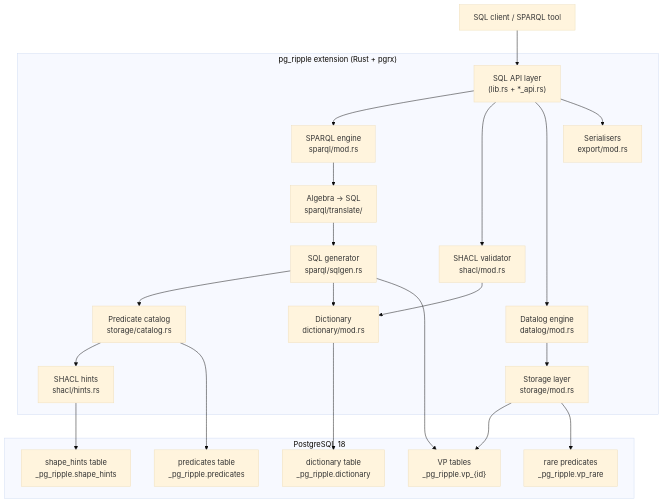
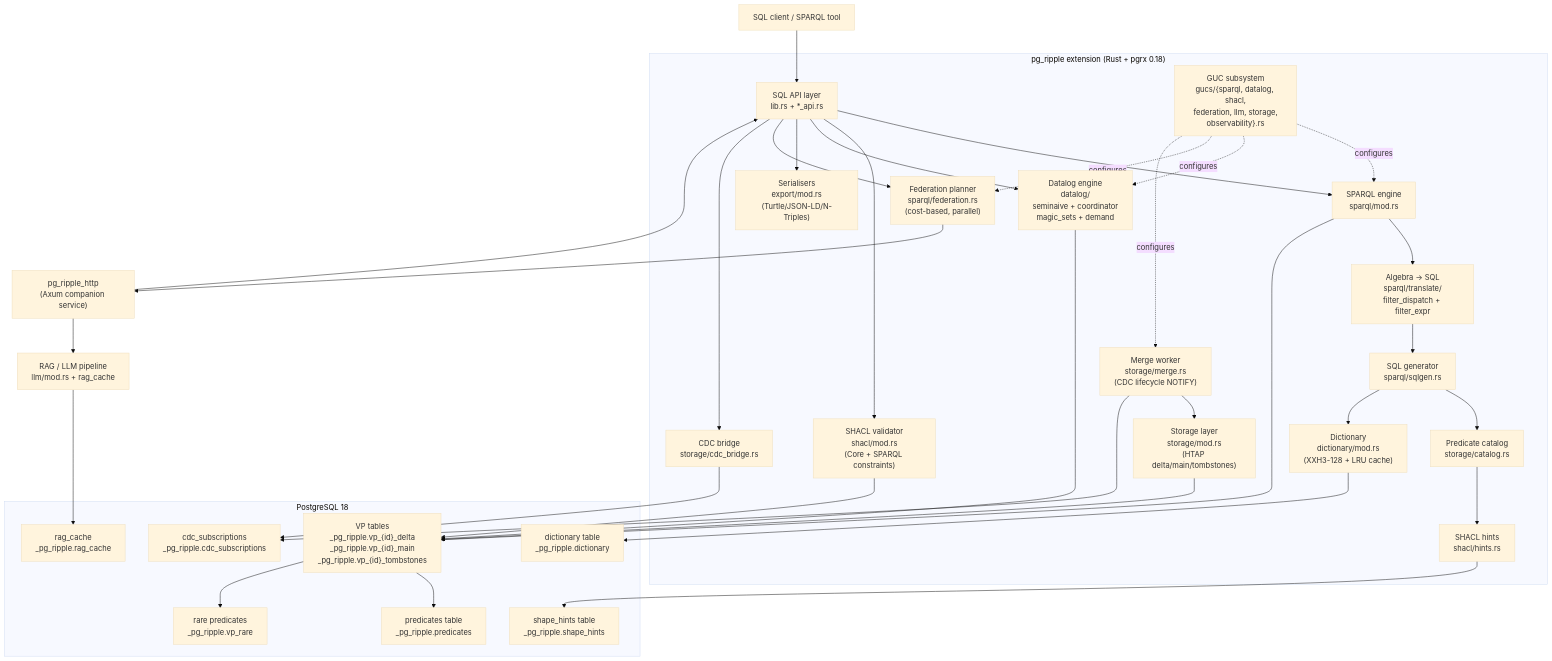
Before and after one commit to grove/pg-ripple: the diagram in docs/src/reference/architecture.md, drawn with Mermaid (base theme). The commit also changed other lines of this file and 43 other files, not shown here.

First line of the commit message:
v0.53.0: DX, Extended Standards & Architecture

````diff
--- a/docs/src/reference/architecture.md
+++ b/docs/src/reference/architecture.md
@@ -14,45 +14,66 @@
 ```mermaid
 graph TD
     Client["SQL client / SPARQL tool"]
+    HTTP["pg_ripple_http\n(Axum companion service)"]
+    RAG["RAG / LLM pipeline\nllm/mod.rs + rag_cache"]
 
-    subgraph Extension["pg_ripple extension (Rust + pgrx)"]
-        API["SQL API layer\n(lib.rs + *_api.rs)"]
+    subgraph Extension["pg_ripple extension (Rust + pgrx 0.18)"]
+        API["SQL API layer\nlib.rs + *_api.rs"]
         SPARQL["SPARQL engine\nsparql/mod.rs"]
-        TRANS["Algebra → SQL\nsparql/translate/"]
+        TRANS["Algebra → SQL\nsparql/translate/\nfilter_dispatch + filter_expr"]
         SQLGEN["SQL generator\nsparql/sqlgen.rs"]
-        DICT["Dictionary\ndictionary/mod.rs"]
-        SHACL["SHACL validator\nshacl/mod.rs"]
-        DL["Datalog engine\ndatalog/mod.rs"]
-        EXP["Serialisers\nexport/mod.rs"]
-        STOR["Storage layer\nstorage/mod.rs"]
+        DICT["Dictionary\ndictionary/mod.rs\n(XXH3-128 + LRU cache)"]
+        SHACL["SHACL validator\nshacl/mod.rs\n(Core + SPARQL constraints)"]
+        DL["Datalog engine\ndatalog/\nseminaive + coordinator\nmagic_sets + demand"]
+        EXP["Serialisers\nexport/mod.rs\n(Turtle/JSON-LD/N-Triples)"]
+        STOR["Storage layer\nstorage/mod.rs\n(HTAP delta/main/tombstones)"]
+        MERGE["Merge worker\nstorage/merge.rs\n(CDC lifecycle NOTIFY)"]
         CAT["Predicate catalog\nstorage/catalog.rs"]
         HINTS["SHACL hints\nshacl/hints.rs"]
+        FED["Federation planner\nsparql/federation.rs\n(cost-based, parallel)"]
+        CDC["CDC bridge\nstorage/cdc_bridge.rs"]
+        GUCS["GUC subsystem\ngucs/{sparql, datalog, shacl,\nfederation, llm, storage,\nobservability}.rs"]
     end
 
     subgraph PG["PostgreSQL 18"]
-        VP["VP tables\n_pg_ripple.vp_{id}"]
+        VP["VP tables\n_pg_ripple.vp_{id}_delta\n_pg_ripple.vp_{id}_main\n_pg_ripple.vp_{id}_tombstones"]
         DICT_TBL["dictionary table\n_pg_ripple.dictionary"]
         PRED["predicates table\n_pg_ripple.predicates"]
         RARE["rare predicates\n_pg_ripple.vp_rare"]
         SHAPE_HINTS["shape_hints table\n_pg_ripple.shape_hints"]
+        RAG_CACHE["rag_cache\n_pg_ripple.rag_cache"]
+        CDC_SUBS["cdc_subscriptions\n_pg_ripple.cdc_subscriptions"]
     end
 
     Client --> API
+    HTTP --> API
+    HTTP --> RAG
+    RAG --> RAG_CACHE
     API --> SPARQL
     API --> SHACL
     API --> DL
     API --> EXP
+    API --> FED
+    API --> CDC
     SPARQL --> TRANS
     TRANS --> SQLGEN
     SQLGEN --> CAT
     CAT --> HINTS
     HINTS --> SHAPE_HINTS
     SQLGEN --> DICT
     DICT --> DICT_TBL
-    SQLGEN --> VP
-    CAT --> PRED
+    SPARQL --> VP
+    SHACL --> VP
+    DL --> VP
     STOR --> VP
-    STOR --> RARE
-    SHACL --> DICT
-    DL --> STOR
+    MERGE --> STOR
+    MERGE --> CDC_SUBS
+    CDC --> CDC_SUBS
+    VP --> PRED
+    VP --> RARE
+    FED --> HTTP
+    GUCS -.->|"configures"| SPARQL
+    GUCS -.->|"configures"| DL
+    GUCS -.->|"configures"| FED
+    GUCS -.->|"configures"| MERGE
 ```
````
